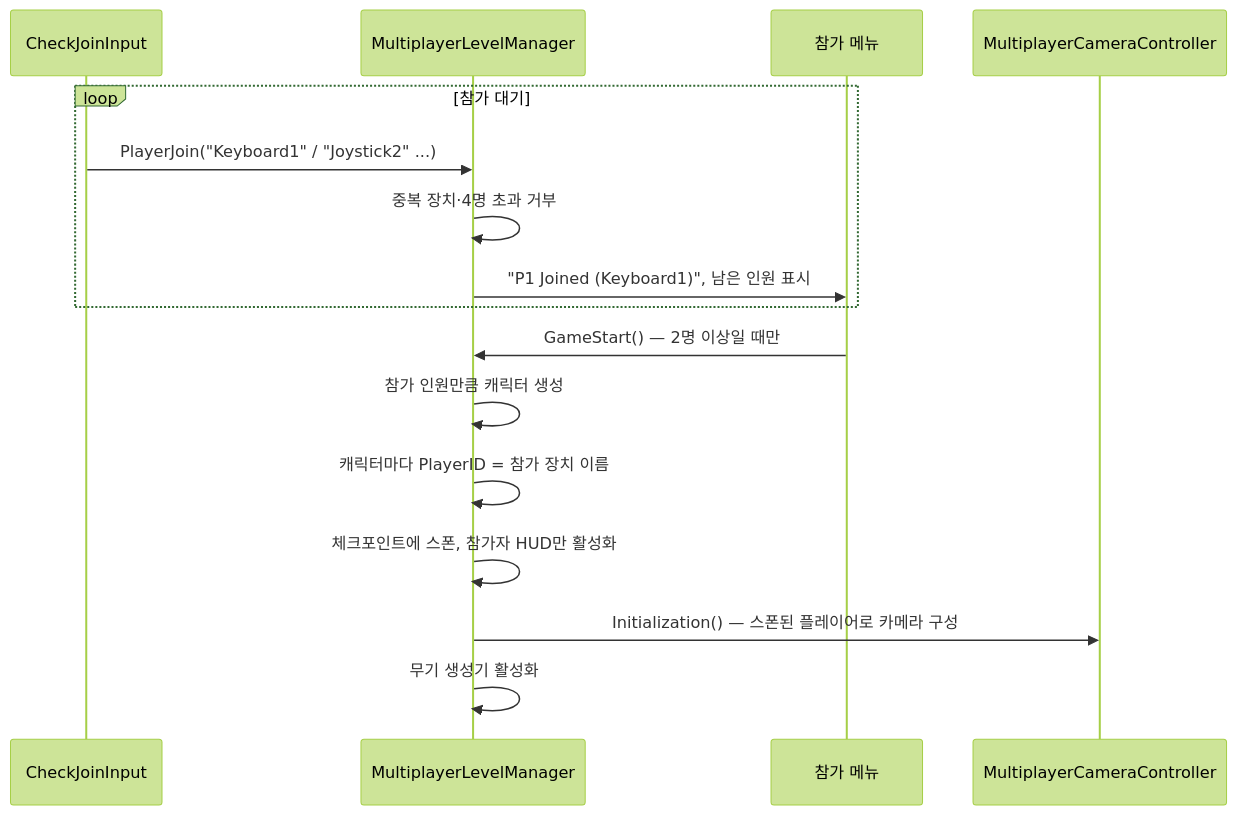
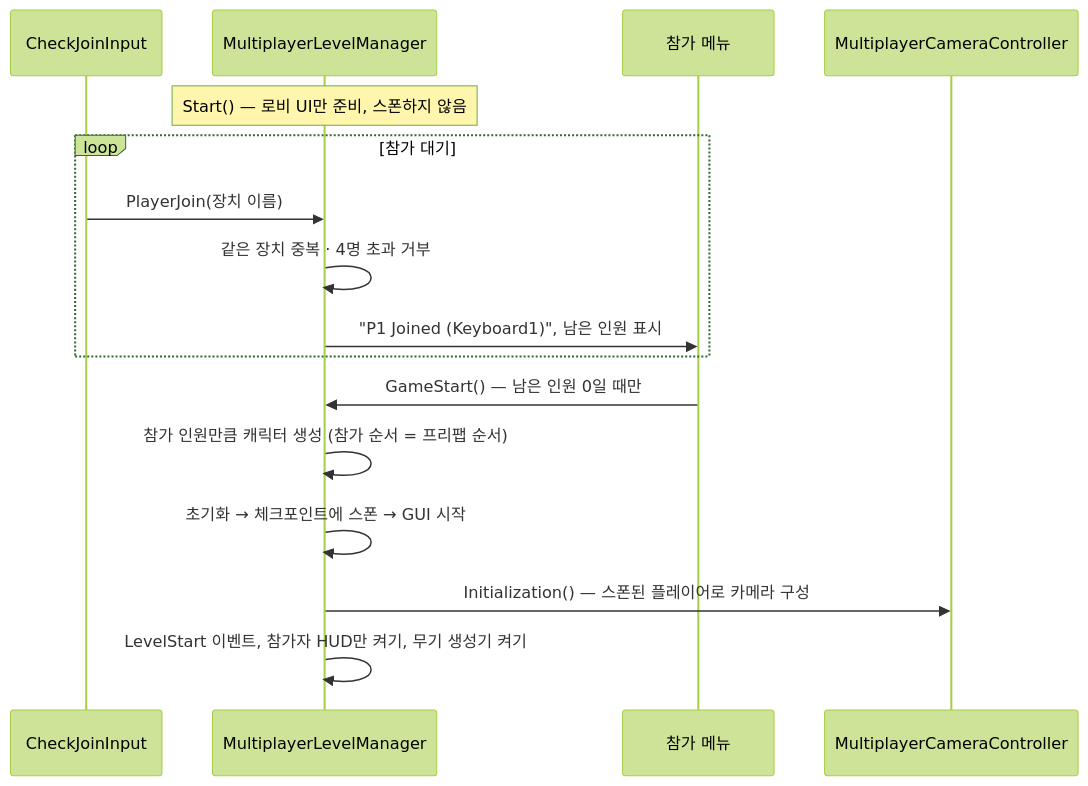
Before and after one commit to Youngdu-Min/Gun-Slash-Codes: the second of 3 diagrams in docs/TechnicalDesign.md, drawn with Mermaid (forest theme). The commit also changed other lines of this file and 3 other files, not shown here.

````diff
--- a/docs/TechnicalDesign.md
+++ b/docs/TechnicalDesign.md
@@ -53,19 +99,19 @@
 ```mermaid
 sequenceDiagram
     participant In as CheckJoinInput
     participant LM as MultiplayerLevelManager
     participant UI as 참가 메뉴
     participant Cam as MultiplayerCameraController
 
+    Note over LM: Start() — 로비 UI만 준비, 스폰하지 않음
     loop 참가 대기
-        In->>LM: PlayerJoin("Keyboard1" / "Joystick2" ...)
-        LM->>LM: 중복 장치·4명 초과 거부
+        In->>LM: PlayerJoin(장치 이름)
+        LM->>LM: 같은 장치 중복 · 4명 초과 거부
         LM->>UI: "P1 Joined (Keyboard1)", 남은 인원 표시
     end
-    UI->>LM: GameStart() — 2명 이상일 때만
-    LM->>LM: 참가 인원만큼 캐릭터 생성
-    LM->>LM: 캐릭터마다 PlayerID = 참가 장치 이름
-    LM->>LM: 체크포인트에 스폰, 참가자 HUD만 활성화
+    UI->>LM: GameStart() — 남은 인원 0일 때만
+    LM->>LM: 참가 인원만큼 캐릭터 생성 (참가 순서 = 프리팹 순서)
+    LM->>LM: 초기화 → 체크포인트에 스폰 → GUI 시작
     LM->>Cam: Initialization() — 스폰된 플레이어로 카메라 구성
-    LM->>LM: 무기 생성기 활성화
+    LM->>LM: LevelStart 이벤트, 참가자 HUD만 켜기, 무기 생성기 켜기
 ```
````
